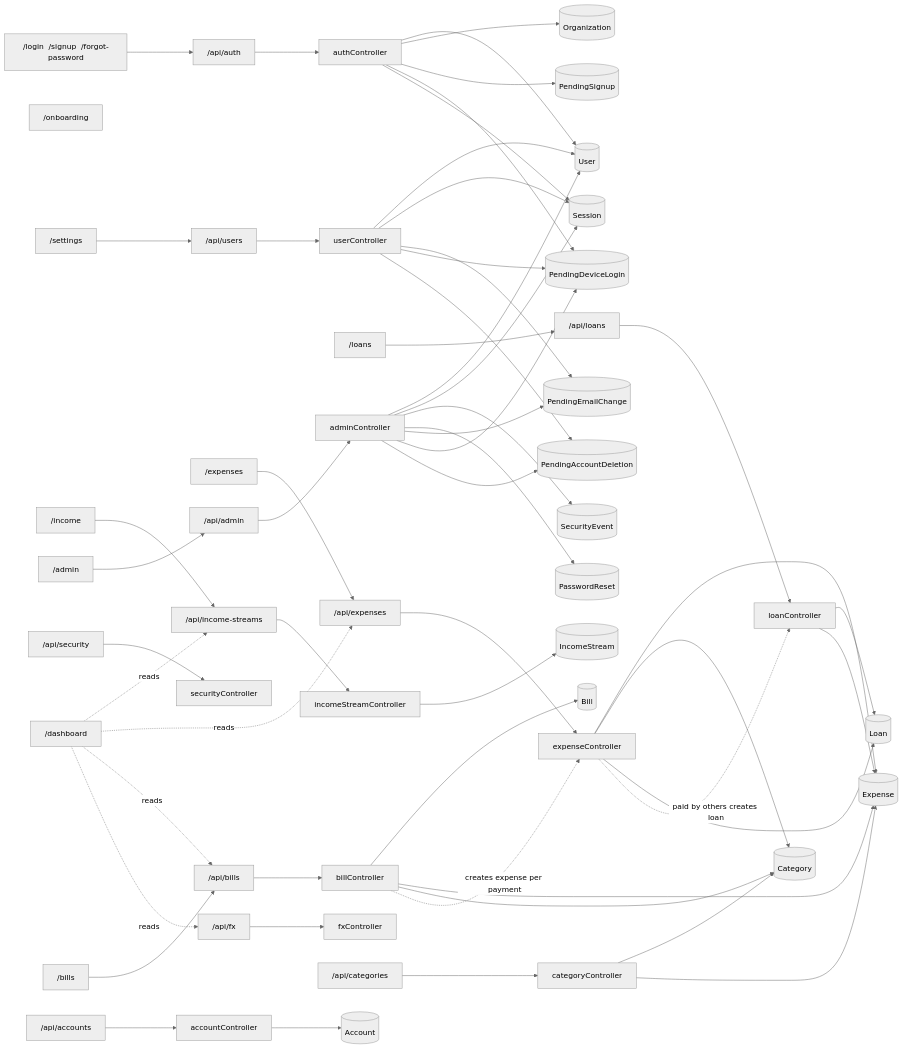
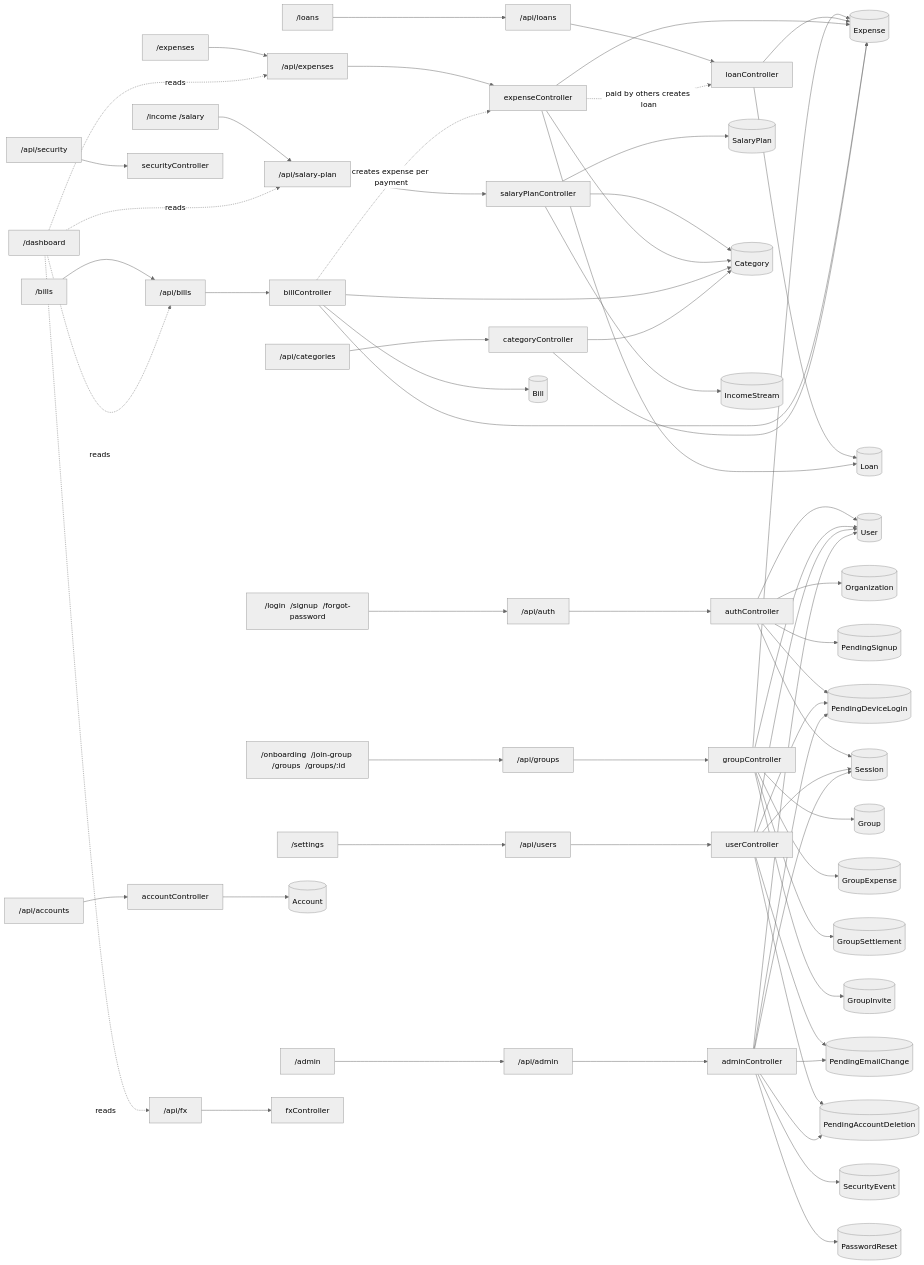
One commit to MuhammadAliMinhas66X/VaultriX changed the second of 2 diagrams in docs/APP-MAP.md. Above: the diagram before and after it, drawn with Mermaid (neutral theme). The commit also changed other lines of this file and 3 other files, not shown here.

````diff
--- a/docs/APP-MAP.md
+++ b/docs/APP-MAP.md
@@ -21,62 +21,71 @@
 ```mermaid
 flowchart LR
   P_auth["/login  /signup  /forgot-password"] --> A_auth["/api/auth"]
   A_auth --> K_auth["authController"]
   K_auth --> M_User[("User")]
   K_auth --> M_Organization[("Organization")]
   K_auth --> M_PendingSignup[("PendingSignup")]
   K_auth --> M_PendingDeviceLogin[("PendingDeviceLogin")]
   K_auth --> M_Session[("Session")]
-  P_shared["/onboarding"]
+  P_shared["/onboarding  /join-group  /groups  /groups/:id"] --> A_shared["/api/groups"]
+  A_shared --> K_shared["groupController"]
+  K_shared --> M_Group[("Group")]
+  K_shared --> M_GroupExpense[("GroupExpense")]
+  K_shared --> M_GroupSettlement[("GroupSettlement")]
+  K_shared --> M_GroupInvite[("GroupInvite")]
+  K_shared --> M_User[("User")]
+  K_shared --> M_Expense[("Expense")]
   P_dashboard["/dashboard"]
-  P_income["/income"] --> A_income["/api/income-streams"]
-  A_income --> K_income["incomeStreamController"]
+  P_income["/income  /salary"] --> A_income["/api/salary-plan"]
+  A_income --> K_income["salaryPlanController"]
+  K_income --> M_SalaryPlan[("SalaryPlan")]
+  K_income --> M_Category[("Category")]
   K_income --> M_IncomeStream[("IncomeStream")]
   P_loans["/loans"] --> A_loans["/api/loans"]
   A_loans --> K_loans["loanController"]
   K_loans --> M_Loan[("Loan")]
   K_loans --> M_Expense[("Expense")]
   P_expenses["/expenses"] --> A_expenses["/api/expenses"]
   A_expenses --> K_expenses["expenseController"]
   K_expenses --> M_Expense[("Expense")]
   K_expenses --> M_Category[("Category")]
   K_expenses --> M_Loan[("Loan")]
   P_bills["/bills"] --> A_bills["/api/bills"]
   A_bills --> K_bills["billController"]
   K_bills --> M_Bill[("Bill")]
   K_bills --> M_Expense[("Expense")]
   K_bills --> M_Category[("Category")]
   P_settings["/settings"] --> A_settings["/api/users"]
   A_settings --> K_settings["userController"]
   K_settings --> M_User[("User")]
   K_settings --> M_Session[("Session")]
   K_settings --> M_PendingEmailChange[("PendingEmailChange")]
   K_settings --> M_PendingDeviceLogin[("PendingDeviceLogin")]
   K_settings --> M_PendingAccountDeletion[("PendingAccountDeletion")]
   P_admin["/admin"] --> A_admin["/api/admin"]
   A_admin --> K_admin["adminController"]
   K_admin --> M_User[("User")]
   K_admin --> M_Session[("Session")]
   K_admin --> M_SecurityEvent[("SecurityEvent")]
   K_admin --> M_PasswordReset[("PasswordReset")]
   K_admin --> M_PendingEmailChange[("PendingEmailChange")]
   K_admin --> M_PendingDeviceLogin[("PendingDeviceLogin")]
   K_admin --> M_PendingAccountDeletion[("PendingAccountDeletion")]
   A_security["/api/security"]
   A_security --> K_security["securityController"]
   A_accounts["/api/accounts"]
   A_accounts --> K_accounts["accountController"]
   K_accounts --> M_Account[("Account")]
   A_categories["/api/categories"]
   A_categories --> K_categories["categoryController"]
   K_categories --> M_Category[("Category")]
   K_categories --> M_Expense[("Expense")]
   A_rates["/api/fx"]
   A_rates --> K_rates["fxController"]
   P_dashboard -. reads .-> A_income
   P_dashboard -. reads .-> A_expenses
   P_dashboard -. reads .-> A_bills
   P_dashboard -. reads .-> A_rates
   K_bills -. creates expense per payment .-> K_expenses
   K_expenses -. paid by others creates loan .-> K_loans
 ```
````
